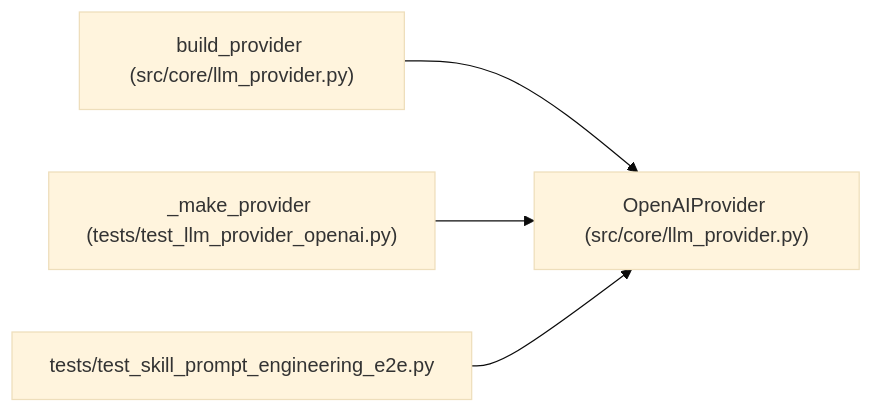
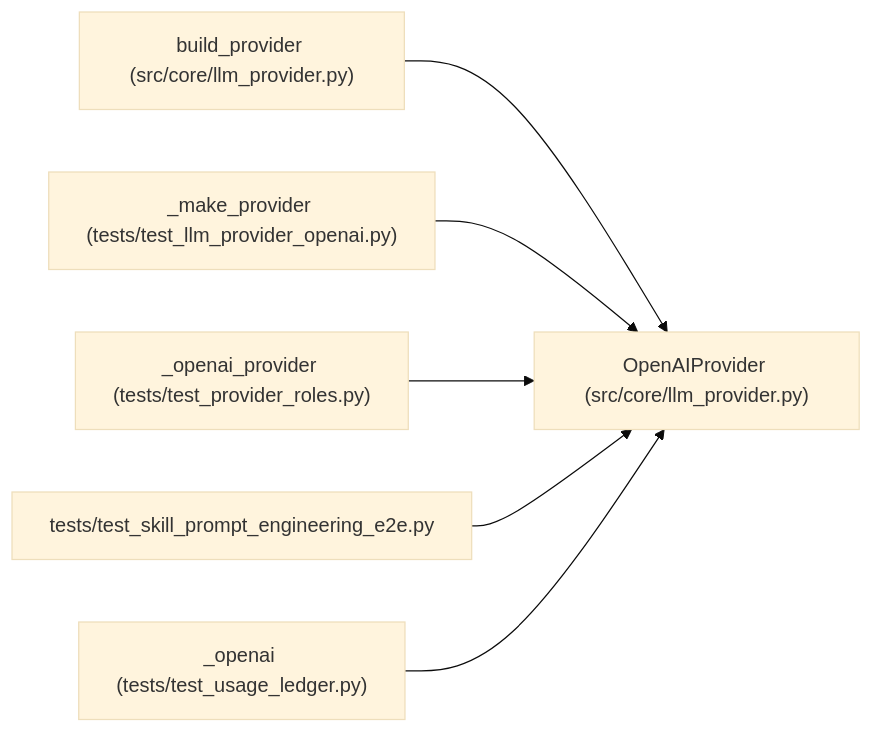
One commit to Denissvgn/autoresearch-agent changed the diagram in docs/llm_wiki/entities/OpenAIProvider.md. Above: the diagram before and after it, drawn with Mermaid (base theme). The commit also changed other lines of this file and 1033 other files, not shown here.

````diff
--- a/docs/llm_wiki/entities/OpenAIProvider.md
+++ b/docs/llm_wiki/entities/OpenAIProvider.md
@@ -41,14 +42,20 @@
 ```mermaid
 flowchart LR
     n0["OpenAIProvider (src/core/llm_provider.py)"]
     n1["build_provider (src/core/llm_provider.py)"]
     n2["_make_provider (tests/test_llm_provider_openai.py)"]
-    n3["tests/test_skill_prompt_engineering_e2e.py"]
+    n3["_openai_provider (tests/test_provider_roles.py)"]
+    n4["tests/test_skill_prompt_engineering_e2e.py"]
+    n5["_openai (tests/test_usage_ledger.py)"]
     n1 --> n0
     n2 --> n0
     n3 --> n0
+    n4 --> n0
+    n5 --> n0
     click n0 "../modules/llm_provider.md"
     click n1 "../modules/llm_provider.md"
     click n2 "../modules/test_llm_provider_openai.md"
-    click n3 "../modules/test_skill_prompt_engineering_e2e.md"
+    click n3 "../modules/test_provider_roles.md"
+    click n4 "../modules/test_skill_prompt_engineering_e2e.md"
+    click n5 "../modules/test_usage_ledger.md"
 ```
````
